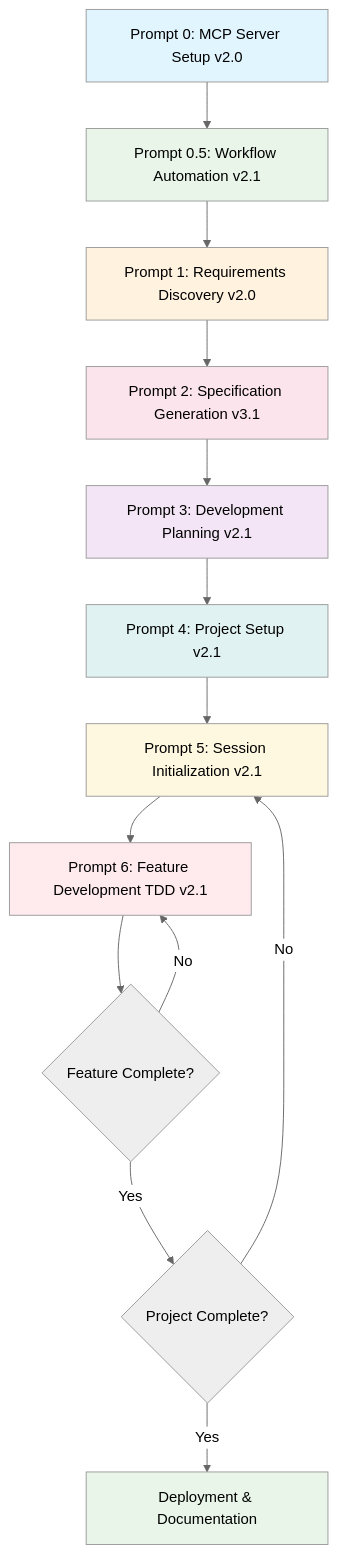
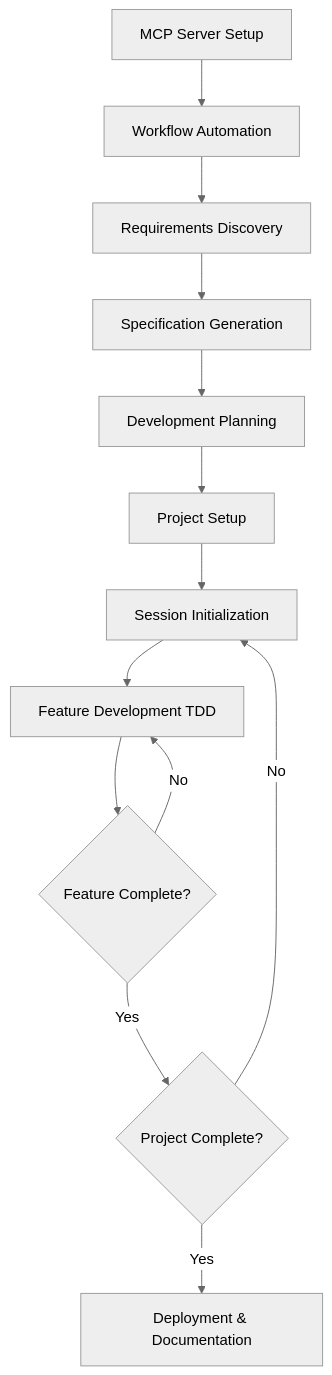
Before and after one commit to Mlitz/Claude-Code-Catalyst: the diagram in README.md, drawn with Mermaid (neutral theme). The commit also changed other lines of this file, not shown here.

Commit message:
fix: improve workflow diagram readability and fix markdown linting
- Remove distracting background colors from mermaid workflow diagram
- Clean up node labels for better readability
- Fix all markdown linting issues (MD032, MD031, MD040)
- Add required blank lines around lists, headings, and code blocks

🤖 Generated with [Claude Code](https://claude.ai/code)

````diff
--- a/README.md
+++ b/README.md
@@ -78,25 +79,15 @@
 ```mermaid
 graph TD
-    A[Prompt 0: MCP Server Setup v2.0] --> B[Prompt 0.5: Workflow Automation v2.1]
-    B --> C[Prompt 1: Requirements Discovery v2.0]
-    C --> D[Prompt 2: Specification Generation v3.1]
-    D --> E[Prompt 3: Development Planning v2.1]
-    E --> F[Prompt 4: Project Setup v2.1]
-    F --> G[Prompt 5: Session Initialization v2.1]
-    G --> H[Prompt 6: Feature Development TDD v2.1]
+    A[MCP Server Setup] --> B[Workflow Automation]
+    B --> C[Requirements Discovery]
+    C --> D[Specification Generation]
+    D --> E[Development Planning]
+    E --> F[Project Setup]
+    F --> G[Session Initialization]
+    G --> H[Feature Development TDD]
     H --> I{Feature Complete?}
     I -->|No| H
     I -->|Yes| J{Project Complete?}
     J -->|No| G
     J -->|Yes| K[Deployment & Documentation]
-    
-    style A fill:#e1f5fe
-    style B fill:#e8f5e8
-    style C fill:#fff3e0
-    style D fill:#fce4ec
-    style E fill:#f3e5f5
-    style F fill:#e0f2f1
-    style G fill:#fff8e1
-    style H fill:#ffebee
-    style K fill:#e8f5e8
 ```
````
